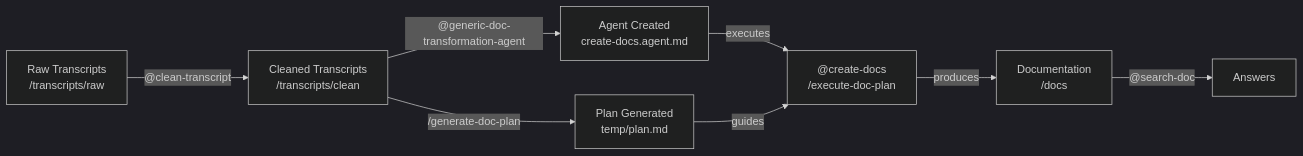
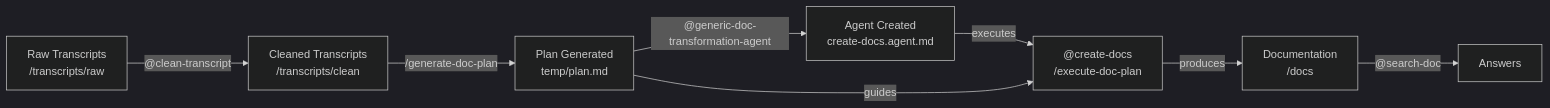
The diagram in README.md (BBoyBen/transcript-to-documentation), drawn with Mermaid (dark theme) before and after one commit. The commit also changed other lines of this file and 4 other files, not shown here.

````diff
--- a/README.md
+++ b/README.md
@@ -245,10 +247,10 @@
 ```mermaid
 graph LR
     A["Raw Transcripts<br/>/transcripts/raw"] -->|"@clean-transcript"| B["Cleaned Transcripts<br/>/transcripts/clean"]
-    B -->|"@generic-doc-transformation-agent"| C["Agent Created<br/>create-docs.agent.md"]
     B -->|"/generate-doc-plan"| D["Plan Generated<br/>temp/plan.md"]
+    D -->|"@generic-doc-transformation-agent"| C["Agent Created<br/>create-docs.agent.md"]
     C -->|"executes"| E["@create-docs<br/>/execute-doc-plan"]
     D -->|"guides"| E
     E -->|"produces"| F["Documentation<br/>/docs"]
     F -->|"@search-doc"| G["Answers"]
 ```
````
